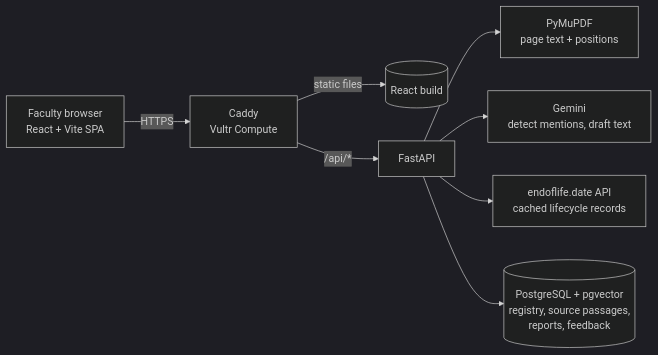
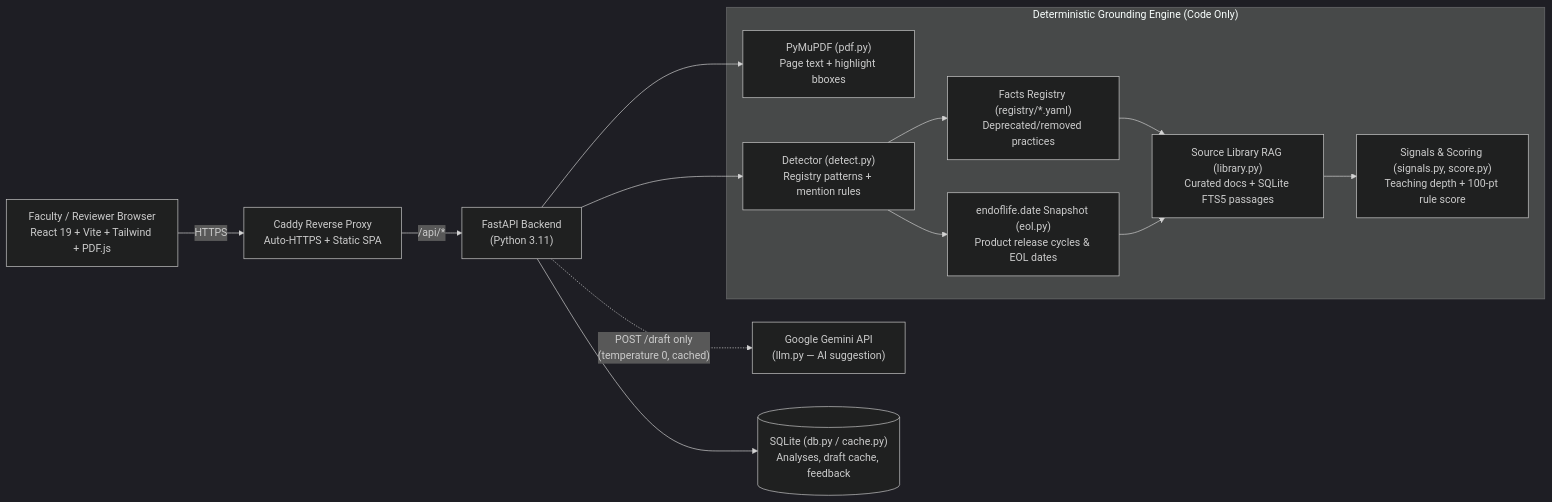
One commit to educ-jkescritor/GroundEd changed the first of 4 diagrams in docs/architecture.md. Above: the diagram before and after it, drawn with Mermaid (dark theme). The commit also changed other lines of this file, not shown here.

Commit message:
docs: align architecture diagrams with registry and FTS5 pipeline

````diff
--- a/docs/architecture.md
+++ b/docs/architecture.md
@@ -3,10 +9,25 @@
 ```mermaid
 flowchart LR
-    U[Faculty browser<br/>React + Vite SPA] -->|HTTPS| C[Caddy<br/>Vultr Compute]
-    C -->|static files| S[(React build)]
-    C -->|/api/*| A[FastAPI]
-    A --> P[PyMuPDF<br/>page text + positions]
-    A --> G[Gemini<br/>detect mentions, draft text]
-    A --> E[endoflife.date API<br/>cached lifecycle records]
-    A --> D[(PostgreSQL + pgvector<br/>registry, source passages,<br/>reports, feedback)]
+    U["Faculty / Reviewer Browser<br/>React 19 + Vite + Tailwind + PDF.js"] -->|HTTPS| C["Caddy Reverse Proxy<br/>Auto-HTTPS + Static SPA"]
+    C -->|/api/*| A["FastAPI Backend<br/>(Python 3.11)"]
+
+    subgraph Core["Deterministic Grounding Engine (Code Only)"]
+        P["PyMuPDF (pdf.py)<br/>Page text + highlight bboxes"]
+        D["Detector (detect.py)<br/>Registry patterns + mention rules"]
+        R["Facts Registry (registry/*.yaml)<br/>Deprecated/removed practices"]
+        E["endoflife.date Snapshot (eol.py)<br/>Product release cycles & EOL dates"]
+        L["Source Library RAG (library.py)<br/>Curated docs + SQLite FTS5 passages"]
+        S["Signals & Scoring (signals.py, score.py)<br/>Teaching depth + 100-pt rule score"]
+    end
+
+    A --> P
+    A --> D
+    D --> R
+    D --> E
+    R --> L
+    E --> L
+    L --> S
+
+    A -.->|"POST /draft only<br/>(temperature 0, cached)"| G["Google Gemini API<br/>(llm.py — AI suggestion)"]
+    A --> DB[("SQLite (db.py / cache.py)<br/>Analyses, draft cache, feedback")]
 ```
````
